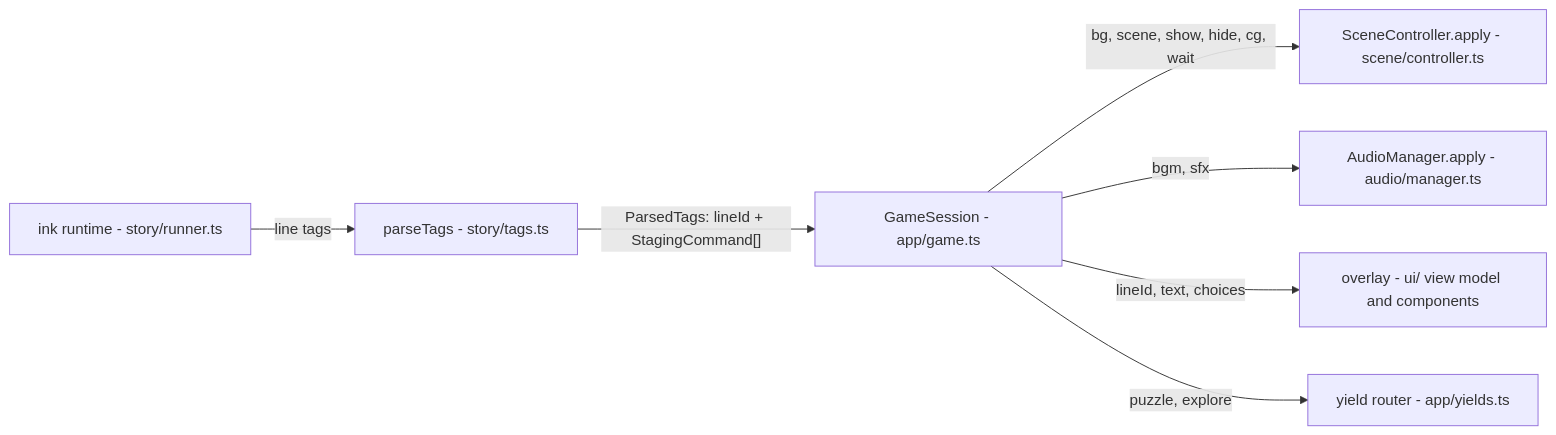
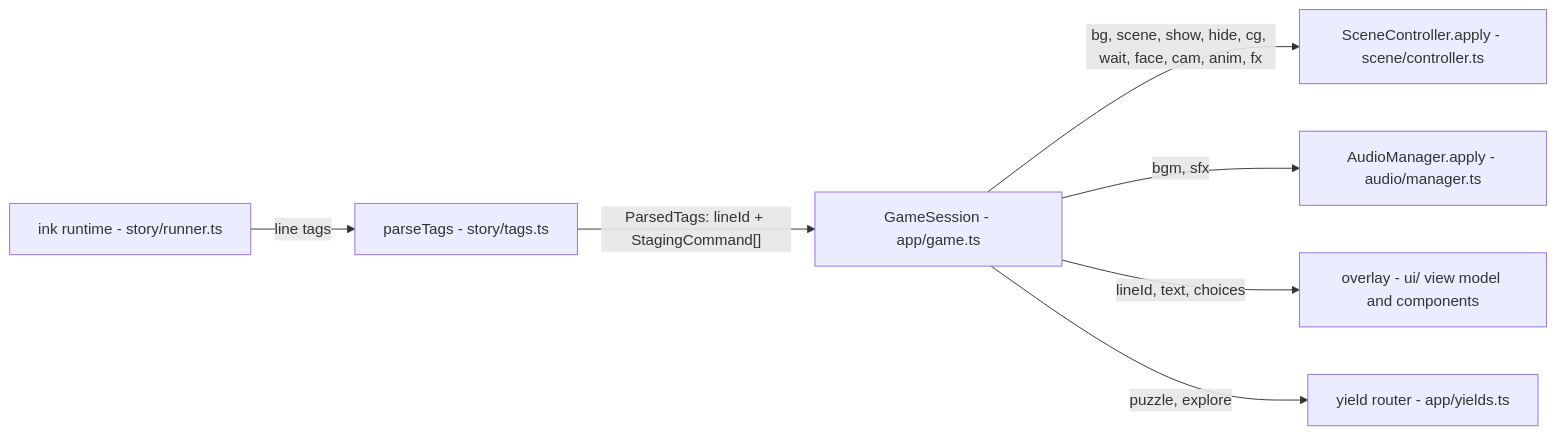
One commit to bluesteelll/tg-app-novel changed the second of 9 diagrams in docs/ARCHITECTURE.md. Above: the diagram before and after it, drawn with Mermaid. The commit also changed other lines of this file and 1 other file, not shown here.

````diff
--- a/docs/ARCHITECTURE.md
+++ b/docs/ARCHITECTURE.md
@@ -201,9 +208,9 @@
 ```mermaid
 flowchart LR
     I["ink runtime - story/runner.ts"] -->|line tags| P["parseTags - story/tags.ts"]
     P -->|"ParsedTags: lineId + StagingCommand[]"| G["GameSession - app/game.ts"]
-    G -->|"bg, scene, show, hide, cg, wait"| SC["SceneController.apply - scene/controller.ts"]
+    G -->|"bg, scene, show, hide, cg, wait, face, cam, anim, fx"| SC["SceneController.apply - scene/controller.ts"]
     G -->|"bgm, sfx"| AM["AudioManager.apply - audio/manager.ts"]
     G -->|"lineId, text, choices"| OV["overlay - ui/ view model and components"]
     G -->|"puzzle, explore"| Y["yield router - app/yields.ts"]
 ```
````
